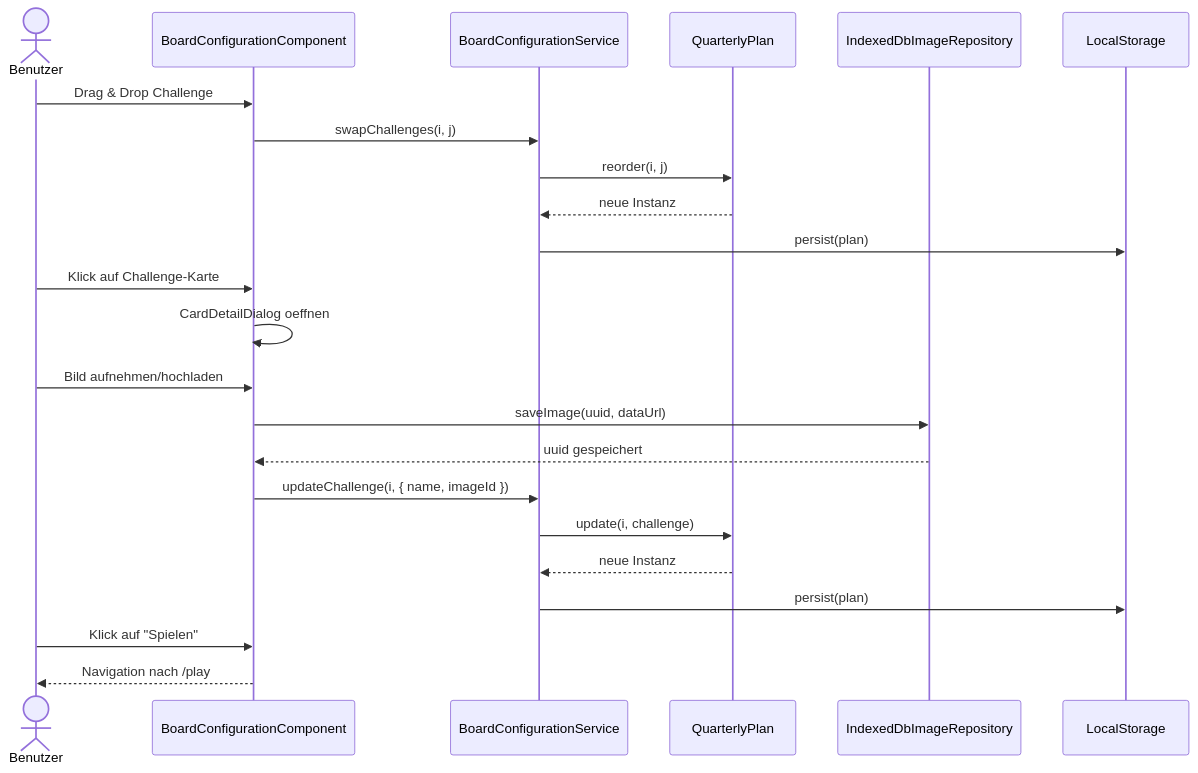
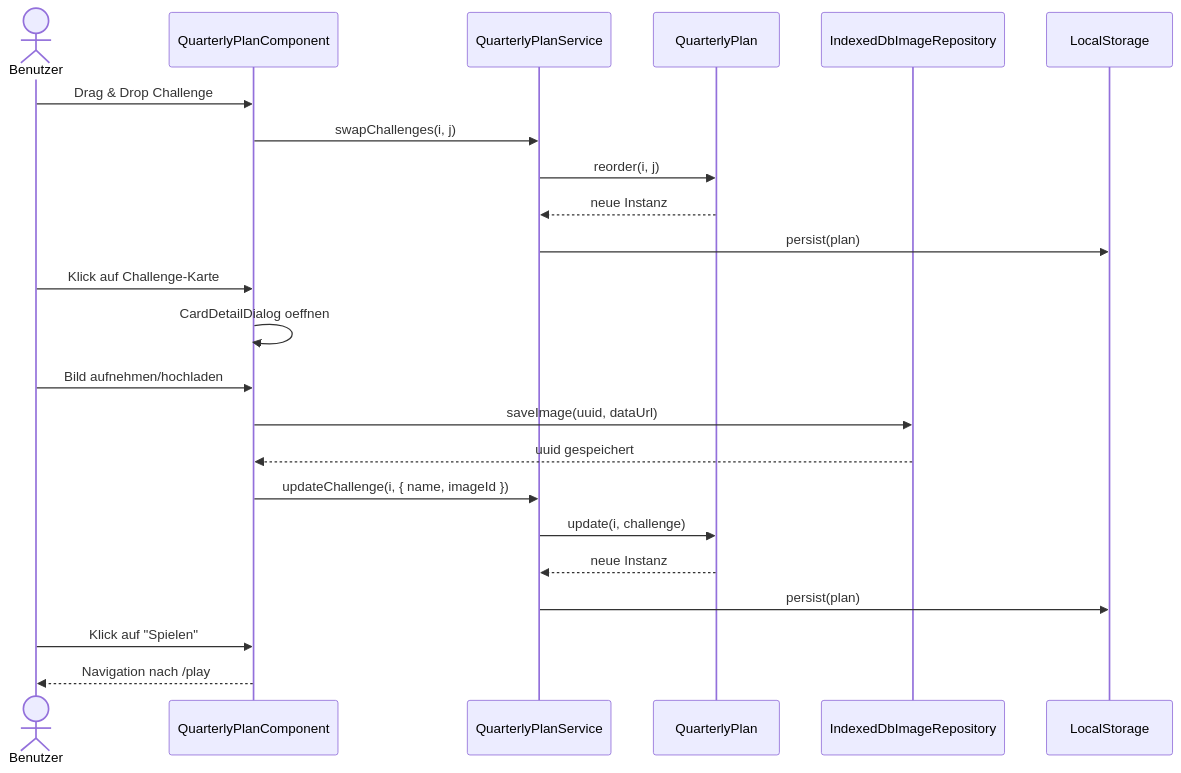
The sixth of 12 diagrams in docs/arc42.md (flingoflux/knitting-quarterly-bingo), drawn with Mermaid before and after one commit. The commit also changed other lines of this file and 23 other files, not shown here.

First line of the commit message:
feat: add quarterly plan feature with local storage repository, image handling, and editable board component

````diff
--- a/docs/arc42.md
+++ b/docs/arc42.md
@@ -308,28 +308,28 @@
 ```mermaid
 sequenceDiagram
   actor Benutzer
-  participant BCC as BoardConfigurationComponent
-  participant BCS as BoardConfigurationService
+  participant BCC as QuarterlyPlanComponent
+  participant BCS as QuarterlyPlanService
   participant QP as QuarterlyPlan
   participant IDB as IndexedDbImageRepository
   participant LocalStorage
 
   Benutzer->>BCC: Drag & Drop Challenge
   BCC->>BCS: swapChallenges(i, j)
   BCS->>QP: reorder(i, j)
   QP-->>BCS: neue Instanz
   BCS->>LocalStorage: persist(plan)
 
   Benutzer->>BCC: Klick auf Challenge-Karte
   BCC->>BCC: CardDetailDialog oeffnen
   Benutzer->>BCC: Bild aufnehmen/hochladen
   BCC->>IDB: saveImage(uuid, dataUrl)
   IDB-->>BCC: uuid gespeichert
   BCC->>BCS: updateChallenge(i, { name, imageId })
   BCS->>QP: update(i, challenge)
   QP-->>BCS: neue Instanz
   BCS->>LocalStorage: persist(plan)
 
   Benutzer->>BCC: Klick auf "Spielen"
   BCC-->>Benutzer: Navigation nach /play
 ```
````
